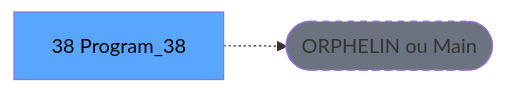
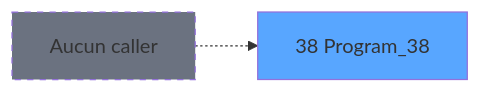
Before and after one commit to thonyAGP/magic-migration: the second of 3 diagrams in .openspec/specs/ADH-IDE-38.md, drawn with Mermaid. The commit also changed other lines of this file and 311 other files, not shown here.

````diff
--- a/.openspec/specs/ADH-IDE-38.md
+++ b/.openspec/specs/ADH-IDE-38.md
@@ -121,8 +109,8 @@
 ```mermaid
 graph LR
-    T[38 Program_38]
-    ORPHAN([ORPHELIN ou Main])
-    T -.-> ORPHAN
-    style T fill:#58a6ff,color:#000
-    style ORPHAN fill:#6b7280,stroke-dasharray: 5 5
+    T38[38 Program_38]
+    style T38 fill:#58a6ff
+    NONE[Aucun caller]
+    NONE -.-> T38
+    style NONE fill:#6b7280,stroke-dasharray: 5 5
 ```
````
